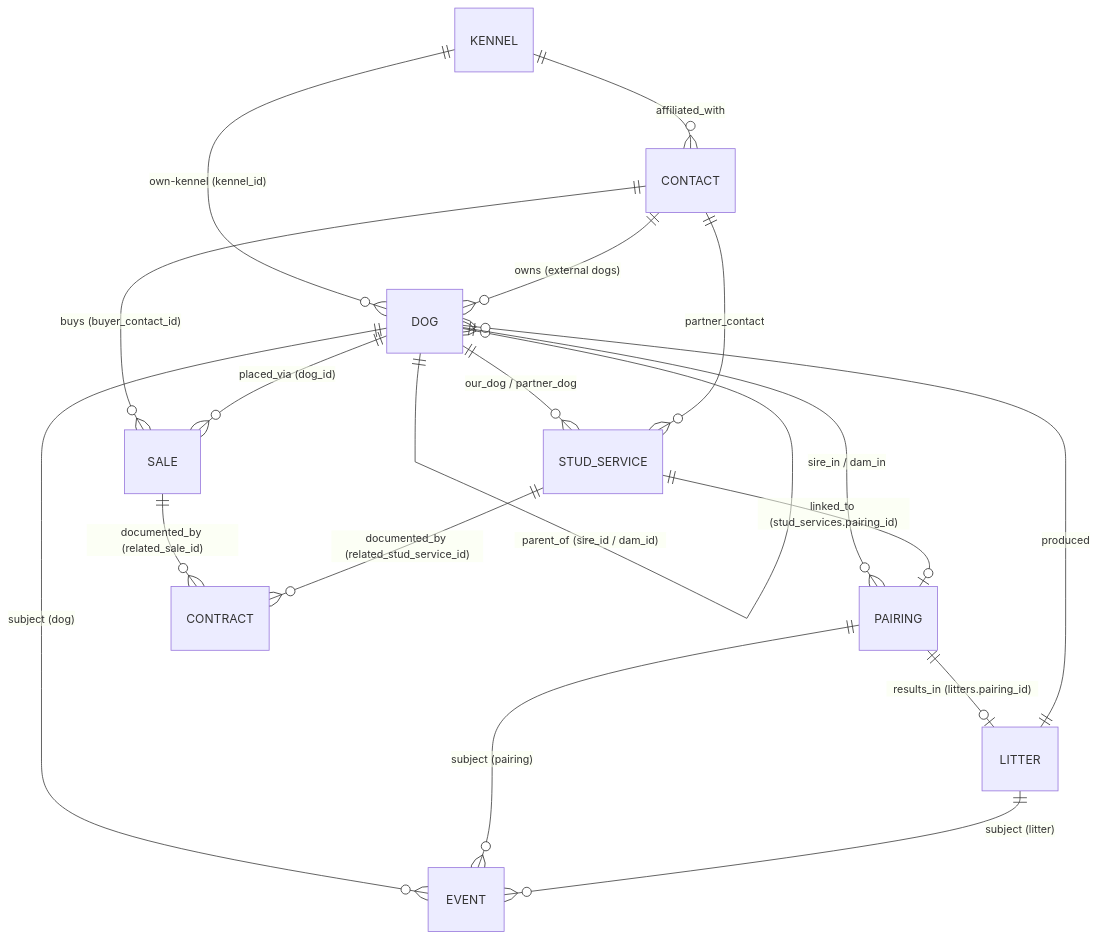
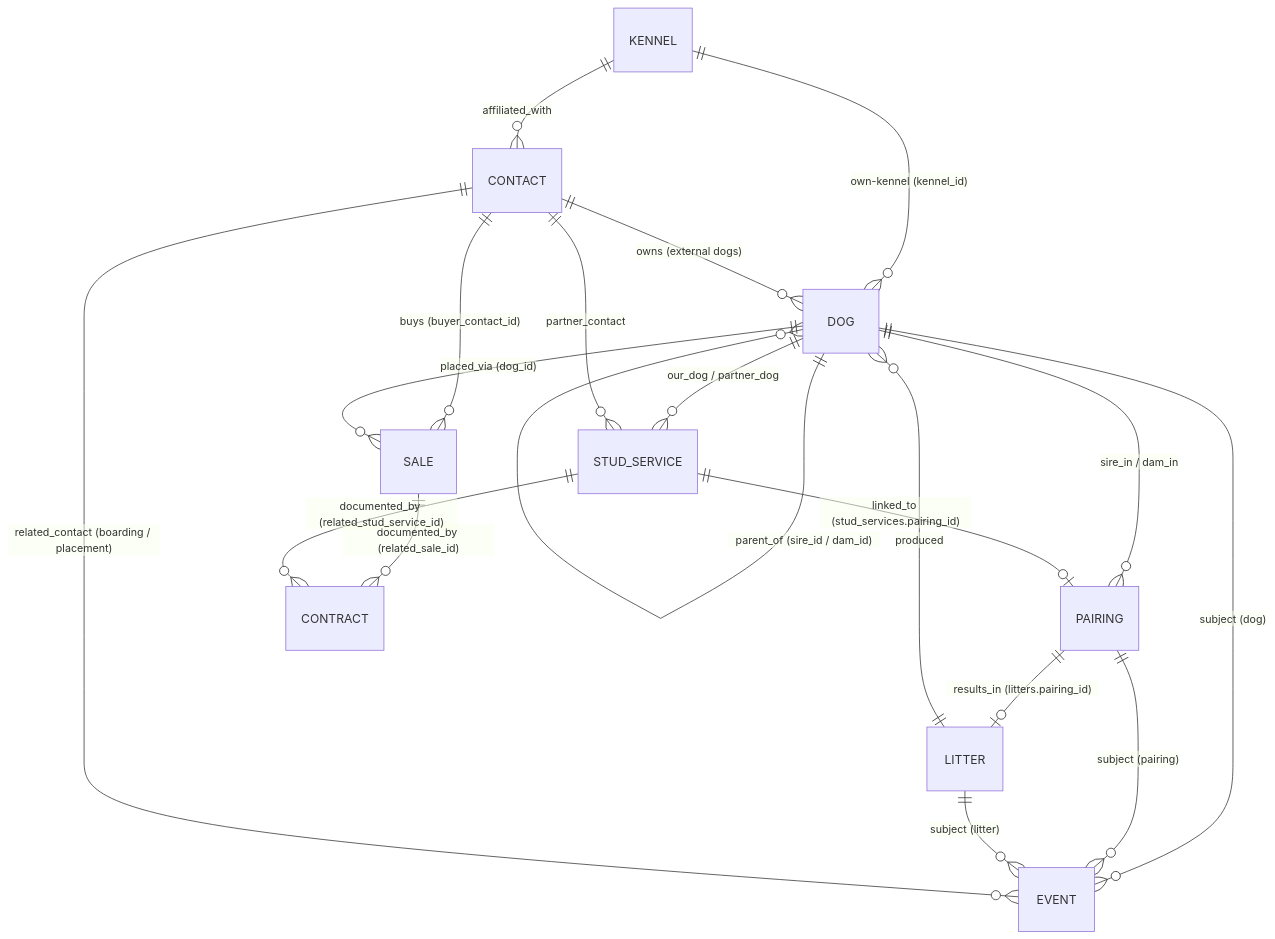
One commit to mcce-homeschool/Kennel_App changed the diagram in docs/Data_Model_Architecture_Proposal_v3.md. Above: the diagram before and after it, drawn with Mermaid. The commit also changed other lines of this file, not shown here.

First line of the commit message:
Clean up data model architecture doc: de-cruft, fold in Stage 4.5, mark unbuilt

````diff
--- a/docs/Data_Model_Architecture_Proposal_v3.md
+++ b/docs/Data_Model_Architecture_Proposal_v3.md
@@ -116,20 +80,21 @@
 ```mermaid
 erDiagram
     DOG ||--o{ DOG : "parent_of (sire_id / dam_id)"
     LITTER ||--o{ DOG : "produced"
     KENNEL ||--o{ DOG : "own-kennel (kennel_id)"
     DOG ||--o{ PAIRING : "sire_in / dam_in"
     PAIRING ||--o| LITTER : "results_in (litters.pairing_id)"
     DOG ||--o{ EVENT : "subject (dog)"
     PAIRING ||--o{ EVENT : "subject (pairing)"
     LITTER ||--o{ EVENT : "subject (litter)"
+    CONTACT ||--o{ EVENT : "related_contact (boarding / placement)"
     CONTACT ||--o{ SALE : "buys (buyer_contact_id)"
     DOG ||--o{ SALE : "placed_via (dog_id)"
     SALE ||--o{ CONTRACT : "documented_by (related_sale_id)"
     DOG ||--o{ STUD_SERVICE : "our_dog / partner_dog"
     CONTACT ||--o{ STUD_SERVICE : "partner_contact"
     STUD_SERVICE ||--o| PAIRING : "linked_to (stud_services.pairing_id)"
     STUD_SERVICE ||--o{ CONTRACT : "documented_by (related_stud_service_id)"
     CONTACT ||--o{ DOG : "owns (external dogs)"
     KENNEL ||--o{ CONTACT : "affiliated_with"
 ```
````
